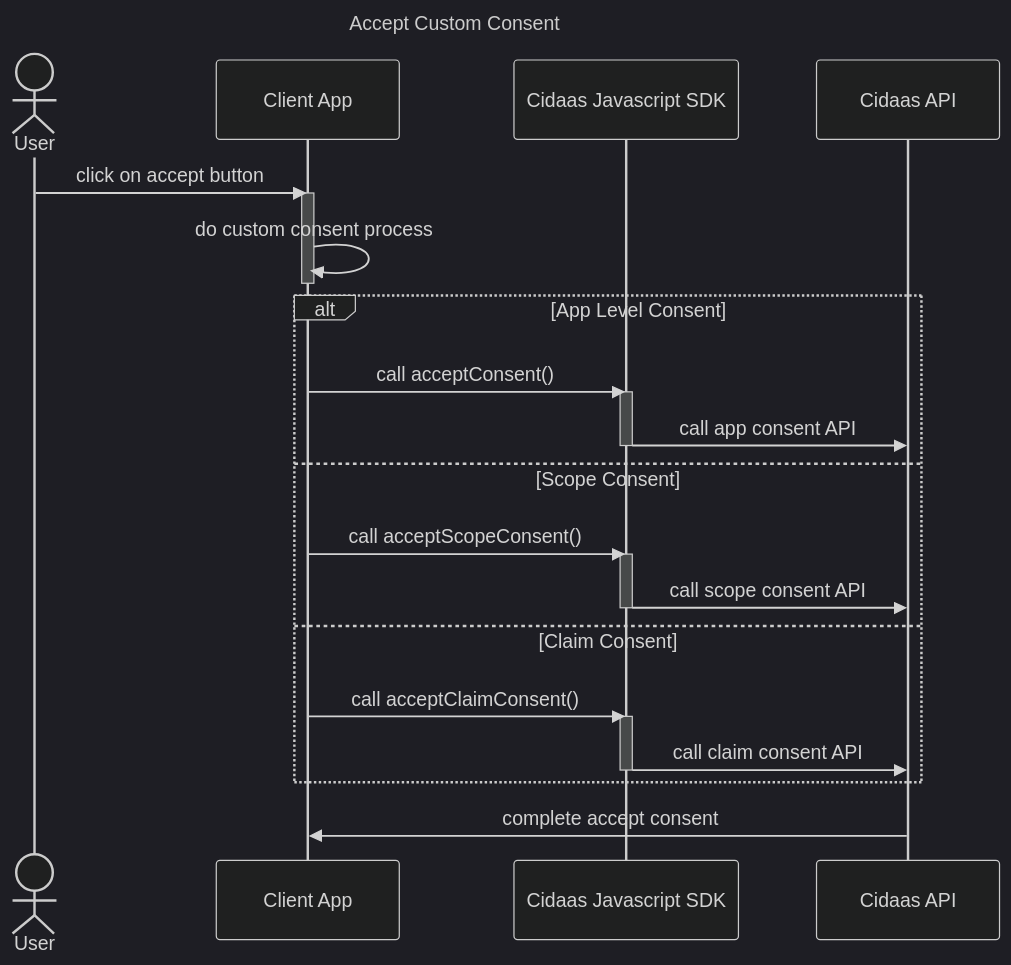
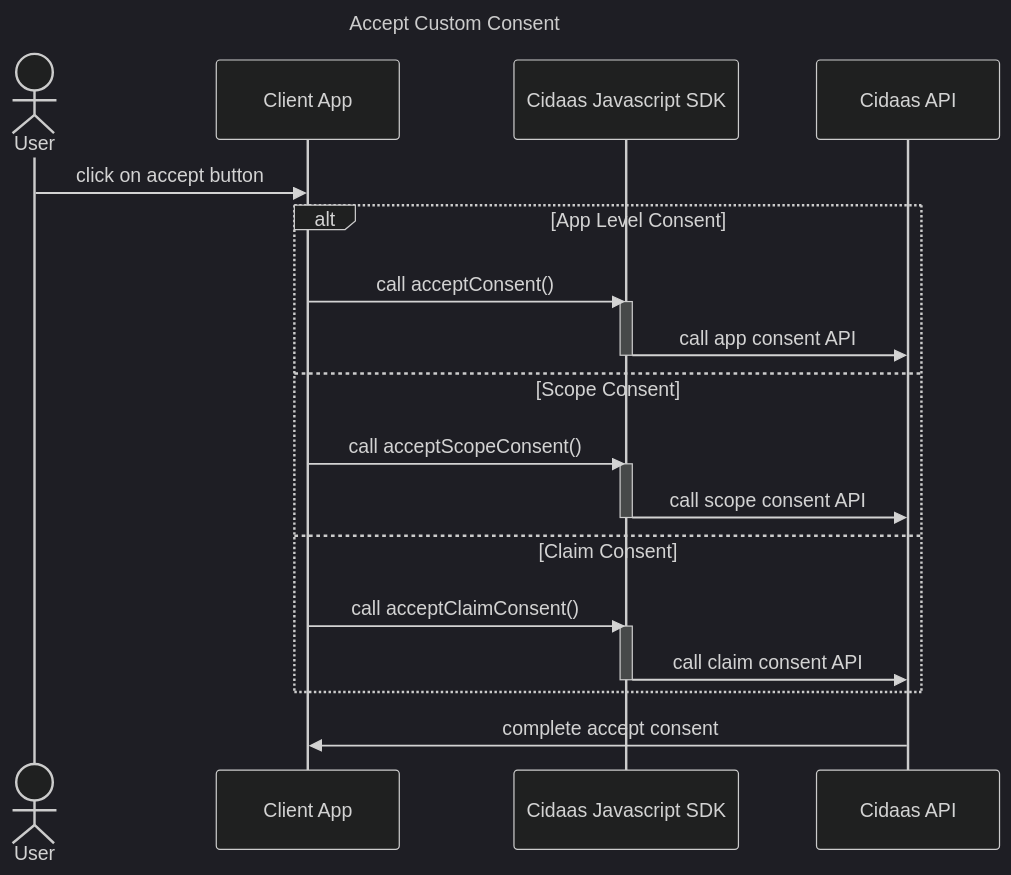
Before and after one commit to cidaas/cidaas-javascript-sdk: the second of 2 diagrams in overview/consent-management.md, drawn with Mermaid (dark theme). The commit also changed 2 other files, not shown here.

````diff
--- a/overview/consent-management.md
+++ b/overview/consent-management.md
@@ -56,31 +56,29 @@
 ```mermaid
 ---
 title: Accept Custom Consent
 ---
 sequenceDiagram
   Actor User
   participant ClientApp as Client App
   participant CidaasSDK as Cidaas Javascript SDK
   participant CidaasAPI as Cidaas API
 User ->> ClientApp: click on accept button
-activate ClientApp
-ClientApp ->> ClientApp: do custom consent process
-deactivate ClientApp
+
 alt App Level Consent
     ClientApp ->> CidaasSDK: call acceptConsent()
     activate CidaasSDK
     CidaasSDK ->> CidaasAPI: call app consent API
     deactivate CidaasSDK
 else Scope Consent
     ClientApp ->> CidaasSDK: call acceptScopeConsent()
     activate CidaasSDK
     CidaasSDK ->> CidaasAPI: call scope consent API
     deactivate CidaasSDK
 else Claim Consent
     ClientApp ->> CidaasSDK: call acceptClaimConsent()
     activate CidaasSDK
     CidaasSDK ->> CidaasAPI: call claim consent API
     deactivate CidaasSDK
 end
 CidaasAPI ->> ClientApp: complete accept consent
 ```
````
